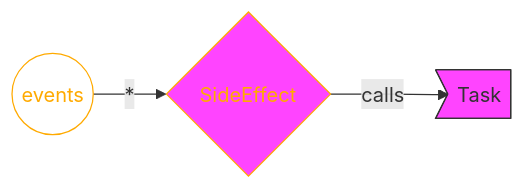
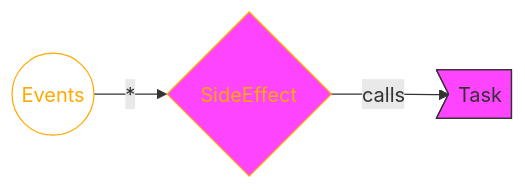
The fourth of 4 diagrams in packages/doc/docs/reventless-components-overview.md (ReventlessDev/reventless-core), drawn with Mermaid before and after one commit. The commit also changed other lines of this file, not shown here.

````diff
--- a/packages/doc/docs/reventless-components-overview.md
+++ b/packages/doc/docs/reventless-components-overview.md
@@ -86,12 +86,12 @@
 ```mermaid
 graph LR
-    events((events)):::event -->|*| SideEffect{SideEffect}:::sideeffect -->|calls| Task>Task]:::task
+    Events((Events)):::Event -->|*| SideEffect{SideEffect}:::sideeffect -->|calls| Task>Task]:::task
 
-    classDef command stroke:#66f,color:#66f,fill:none;
-    classDef event stroke:#fa0,color:#fa0,fill:none;
+    classDef Command stroke:#66f,color:#66f,fill:none;
+    classDef Event stroke:#fa0,color:#fa0,fill:none;
     classDef aggregate fill:#ff6,stroke:#333,color:#333;
     classDef readmodel fill:#9c5,stroke:#333,color:#333;
-    classDef eventmapper fill:#66f,color:#fa0,stroke:#fa0;
+    classDef Eventmapper fill:#66f,color:#fa0,stroke:#fa0;
     classDef sideeffect fill:#f4f,color:#fa0,stroke:#fa0;
     classDef task fill:#f4f,color:#333,stroke:#333;
 ```
````
